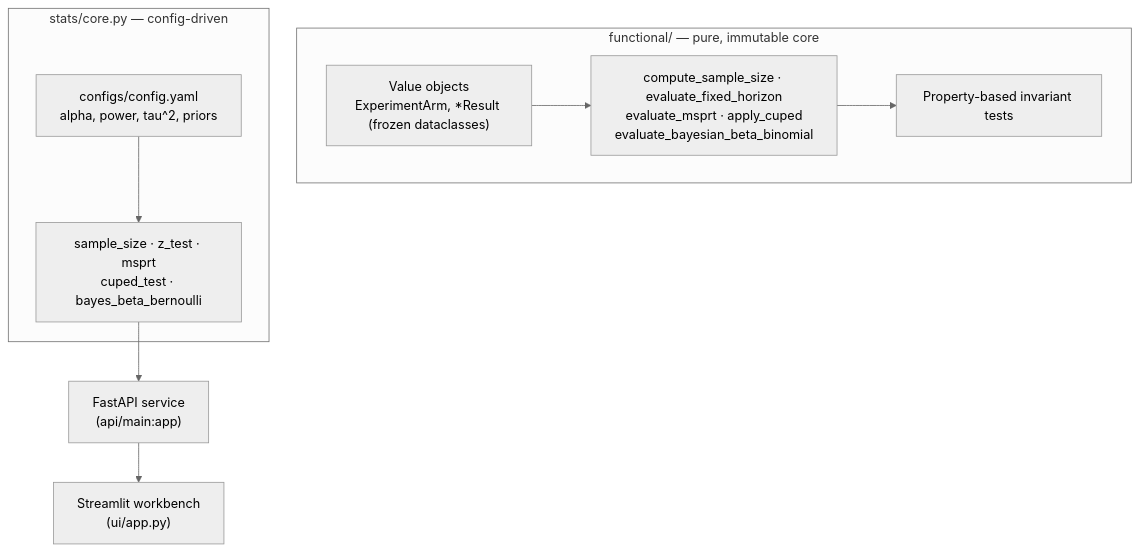
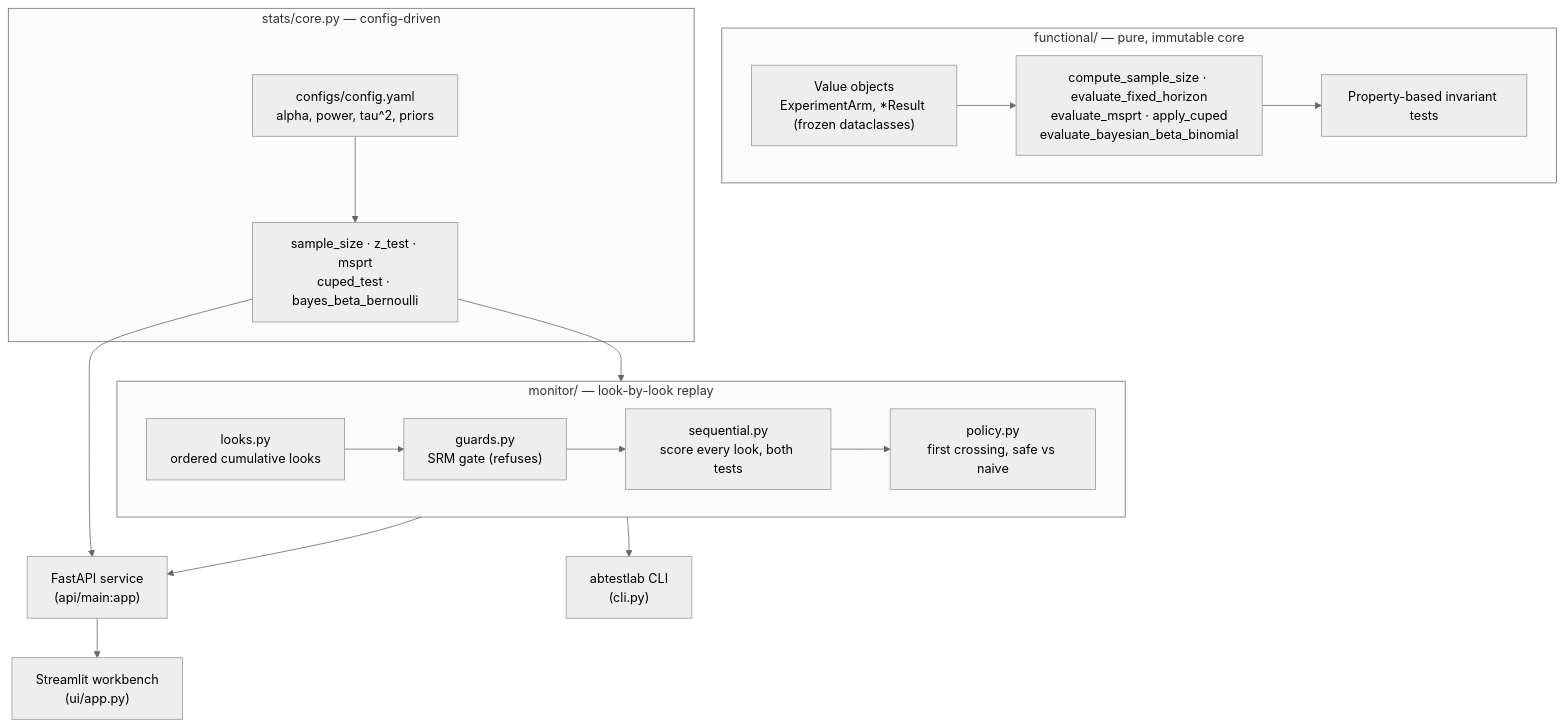
The diagram in README.md (jackson-marcus/AB-Test-Lab), drawn with Mermaid (neutral theme) before and after one commit. The commit also changed other lines of this file and 31 other files, not shown here.

````diff
--- a/README.md
+++ b/README.md
@@ -42,18 +41,29 @@
 ```mermaid
 flowchart TD
     subgraph Core["functional/ — pure, immutable core"]
         T["Value objects<br/>ExperimentArm, *Result (frozen dataclasses)"]
         F["compute_sample_size · evaluate_fixed_horizon<br/>evaluate_msprt · apply_cuped<br/>evaluate_bayesian_beta_binomial"]
         INV["Property-based invariant tests"]
         T --> F --> INV
     end
 
     subgraph Service["stats/core.py — config-driven"]
         S["sample_size · z_test · msprt<br/>cuped_test · bayes_beta_bernoulli"]
         CFG["configs/config.yaml<br/>alpha, power, tau^2, priors"]
         CFG --> S
     end
 
+    subgraph Mon["monitor/ — look-by-look replay"]
+        L["looks.py<br/>ordered cumulative looks"]
+        G["guards.py<br/>SRM gate (refuses)"]
+        Q["sequential.py<br/>score every look, both tests"]
+        P["policy.py<br/>first crossing, safe vs naive"]
+        L --> G --> Q --> P
+    end
+
+    S --> Mon
     S --> API["FastAPI service<br/>(api/main:app)"]
+    Mon --> API
     API --> UI["Streamlit workbench<br/>(ui/app.py)"]
+    Mon --> CLI["abtestlab CLI<br/>(cli.py)"]
 ```
````
